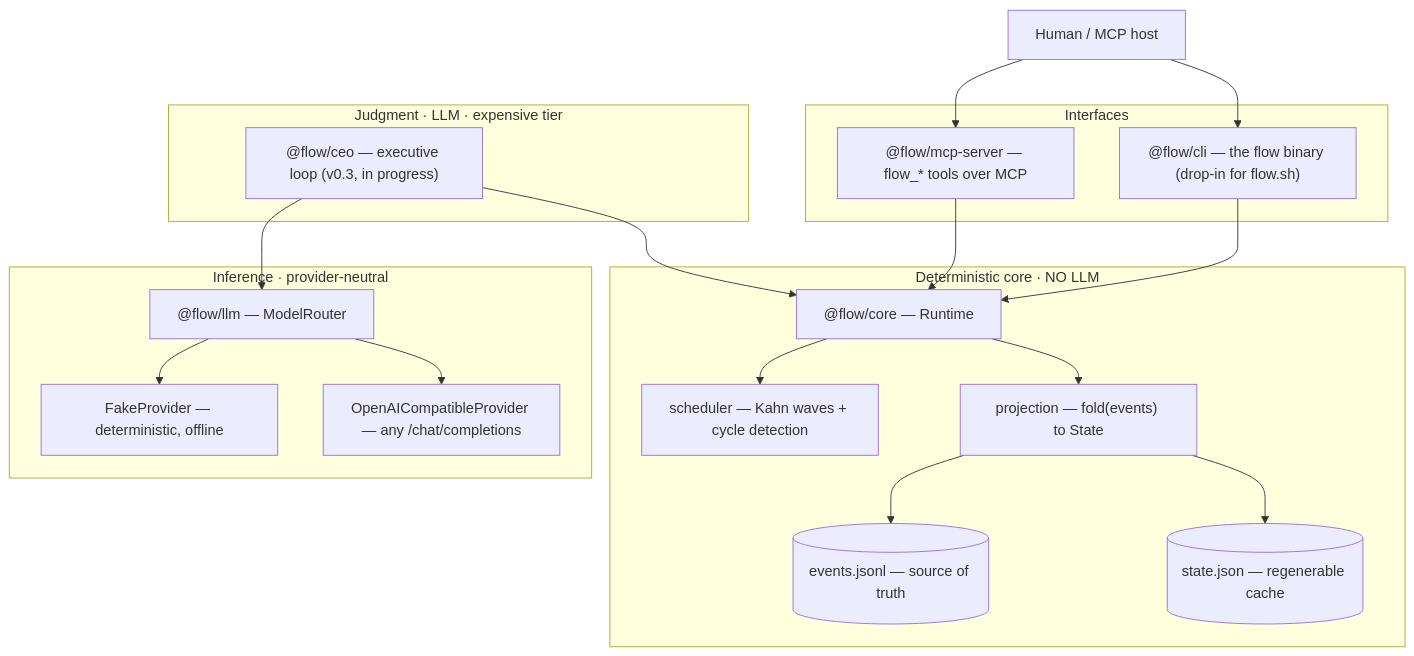
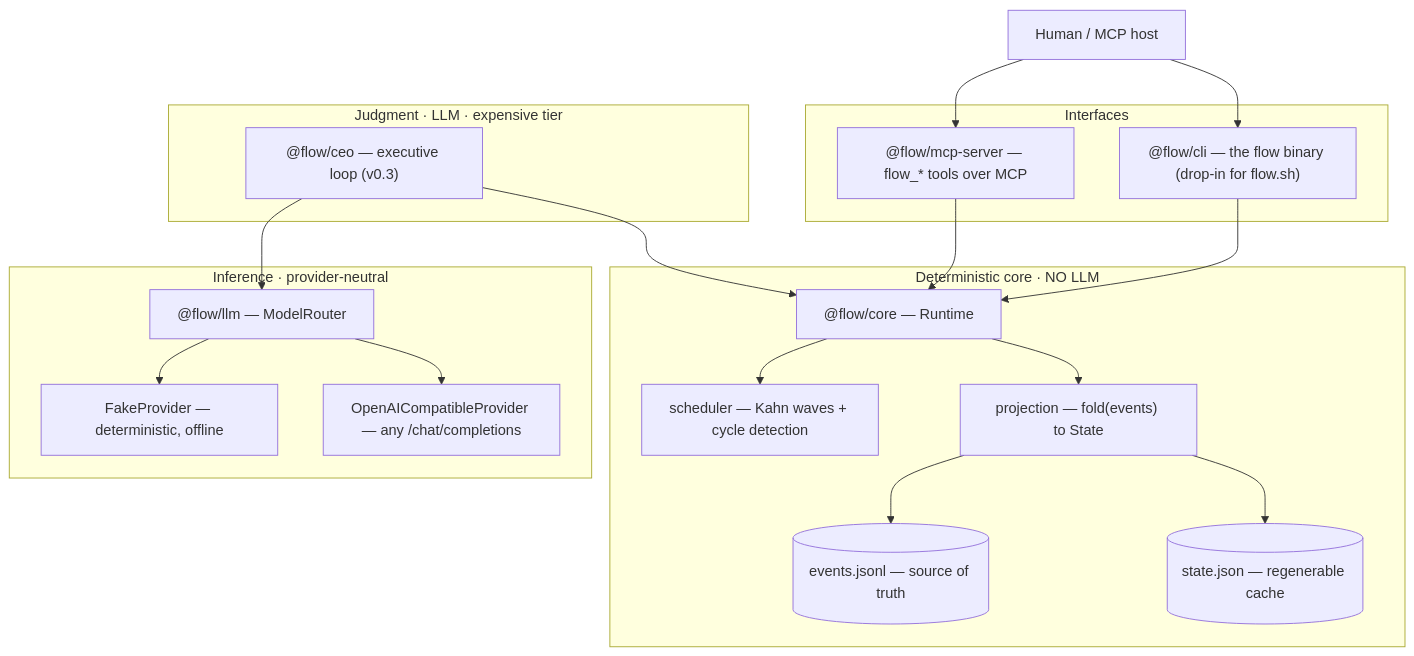
The first of 4 diagrams in ARCHITECTURE.md (l3vram/flow-harness), drawn with Mermaid before and after one commit. The commit also changed other lines of this file, not shown here.

First line of the commit message:
docs: mark v0.3 (@flow/ceo) done in the conceptual map

````diff
--- a/ARCHITECTURE.md
+++ b/ARCHITECTURE.md
@@ -17,40 +17,40 @@
 ```mermaid
 flowchart TB
   Human["Human / MCP host"]
 
   subgraph Interfaces["Interfaces"]
     CLI["@flow/cli — the flow binary (drop-in for flow.sh)"]
     MCP["@flow/mcp-server — flow_* tools over MCP"]
   end
 
   subgraph Brain["Judgment · LLM · expensive tier"]
-    CEO["@flow/ceo — executive loop (v0.3, in progress)"]
+    CEO["@flow/ceo — executive loop (v0.3)"]
   end
 
   subgraph Deterministic["Deterministic core · NO LLM"]
     CORE["@flow/core — Runtime"]
     SCHED["scheduler — Kahn waves + cycle detection"]
     PROJ["projection — fold(events) to State"]
     LOG[("events.jsonl — source of truth")]
     STATE[("state.json — regenerable cache")]
   end
 
   subgraph Inference["Inference · provider-neutral"]
     LLM["@flow/llm — ModelRouter"]
     FAKE["FakeProvider — deterministic, offline"]
     OAI["OpenAICompatibleProvider — any /chat/completions"]
   end
 
   Human --> CLI
   Human --> MCP
   CLI --> CORE
   MCP --> CORE
   CEO --> CORE
   CEO --> LLM
   LLM --> FAKE
   LLM --> OAI
   CORE --> SCHED
   CORE --> PROJ
   PROJ --> LOG
   PROJ --> STATE
 ```
````
